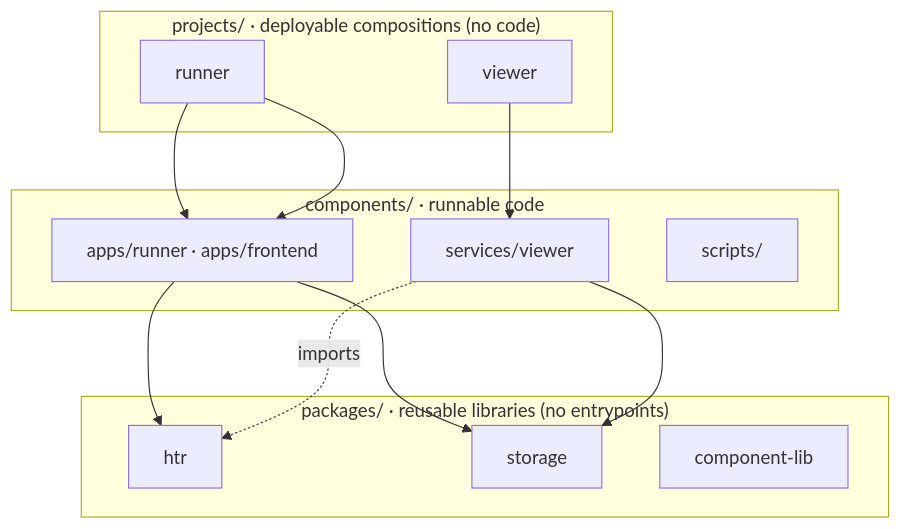
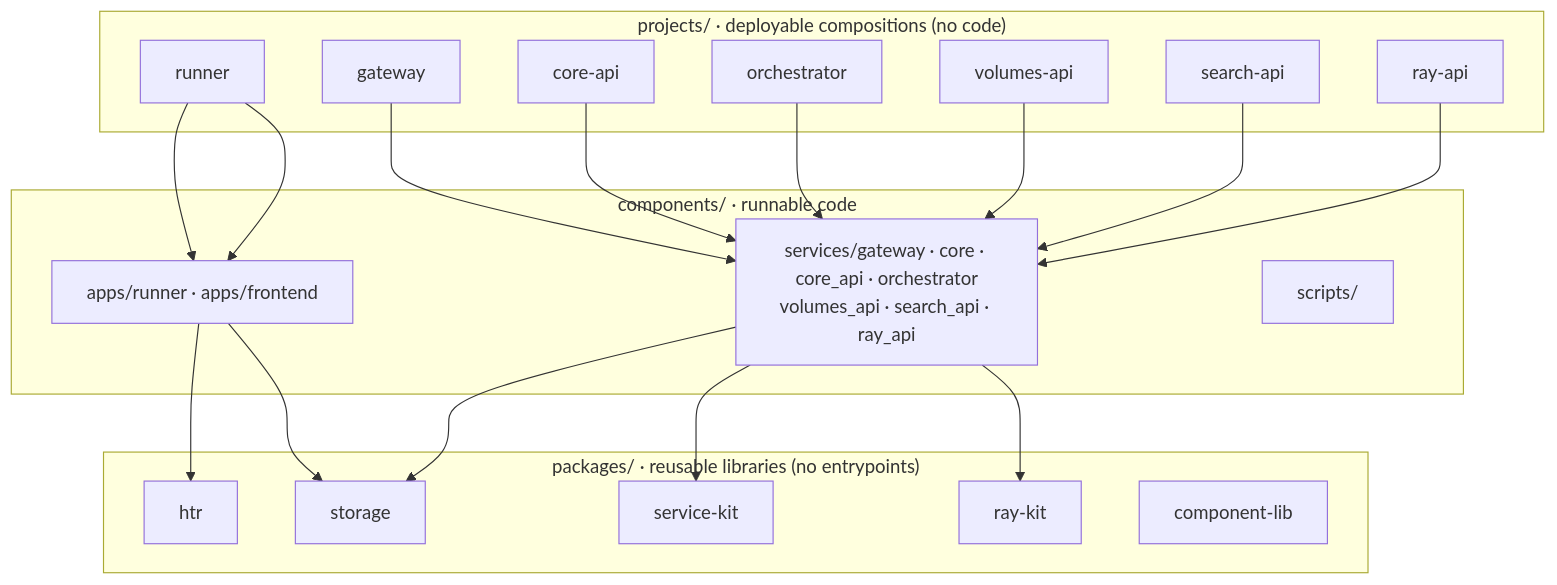
The diagram in docs/architecture/layout.md (AI-Riksarkivet/rask), drawn with Mermaid before and after one commit. The commit also changed other lines of this file and 18 other files, not shown here.

Commit message:
docs: refresh living docs for the post-strangler architecture (gateway + per-domain services + core brick)

````diff
--- a/docs/architecture/layout.md
+++ b/docs/architecture/layout.md
@@ -6,21 +6,32 @@
 ```mermaid
 flowchart TD
     subgraph projects["projects/ · deployable compositions (no code)"]
         pr["runner"]
-        pv["viewer"]
+        pgw["gateway"]
+        pca["core-api"]
+        po["orchestrator"]
+        pv["volumes-api"]
+        ps["search-api"]
+        pra["ray-api"]
     end
     subgraph components["components/ · runnable code"]
         ca["apps/runner · apps/frontend"]
-        cs["services/viewer"]
+        cs["services/gateway · core · core_api · orchestrator<br/>volumes_api · search_api · ray_api"]
         cx["scripts/"]
     end
     subgraph packages["packages/ · reusable libraries (no entrypoints)"]
         ph["htr"]
-        ps["storage"]
+        pst["storage"]
+        psk["service-kit"]
+        prk["ray-kit"]
         pc["component-lib"]
     end
     pr --> ca --> ph
-    pr --> ca --> ps
-    pv --> cs --> ps
-    cs -.imports.-> ph
+    pr --> ca --> pst
+    pgw --> cs --> psk
+    pca --> cs
+    po --> cs --> prk
+    pv --> cs --> pst
+    ps --> cs
+    pra --> cs
 ```
````
